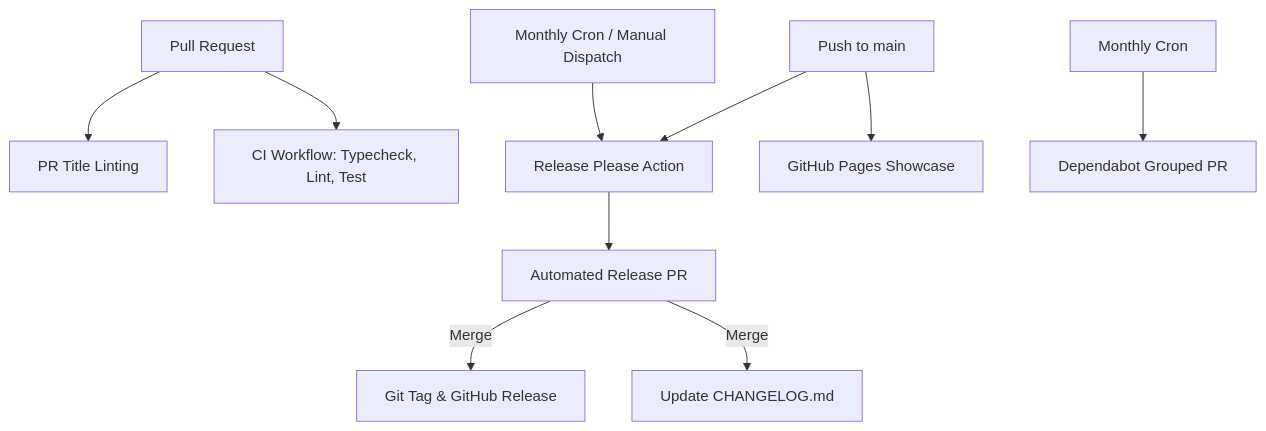
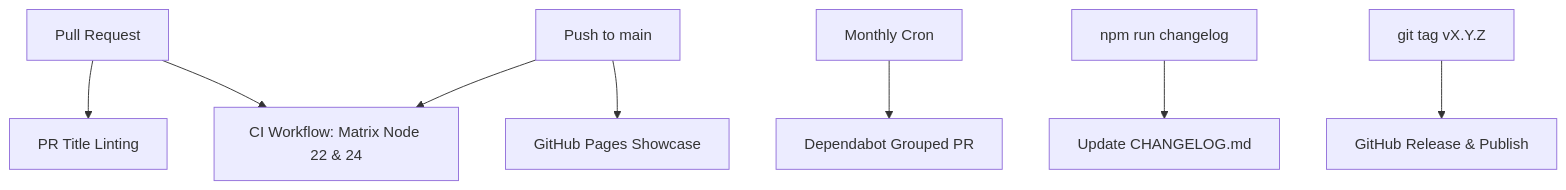
One commit to morvaivor/html-to-pdf-lite-module changed the diagram in docs/ci-cd.md. Above: the diagram before and after it, drawn with Mermaid. The commit also changed other lines of this file and 35 other files, not shown here.

````diff
--- a/docs/ci-cd.md
+++ b/docs/ci-cd.md
@@ -11,15 +11,13 @@
 ```mermaid
 flowchart TD
     PR[Pull Request] --> LintPR[PR Title Linting]
-    PR --> CI[CI Workflow: Typecheck, Lint, Test]
+    PR --> CI[CI Workflow: Matrix Node 22 & 24]
     
-    MainPush[Push to main] --> ReleasePlease[Release Please Action]
+    MainPush[Push to main] --> CI
     MainPush --> PagesDeploy[GitHub Pages Showcase]
     
     DependabotCron[Monthly Cron] --> DependabotPR[Dependabot Grouped PR]
-    ReleaseCron[Monthly Cron / Manual Dispatch] --> ReleasePlease
     
-    ReleasePlease --> ReleasePR[Automated Release PR]
-    ReleasePR -->|Merge| Tag[Git Tag & GitHub Release]
-    ReleasePR -->|Merge| Changelog[Update CHANGELOG.md]
+    ChangelogCmd[npm run changelog] --> Changelog[Update CHANGELOG.md]
+    TagCmd[git tag vX.Y.Z] --> GitHubRelease[GitHub Release & Publish]
 ```
````
